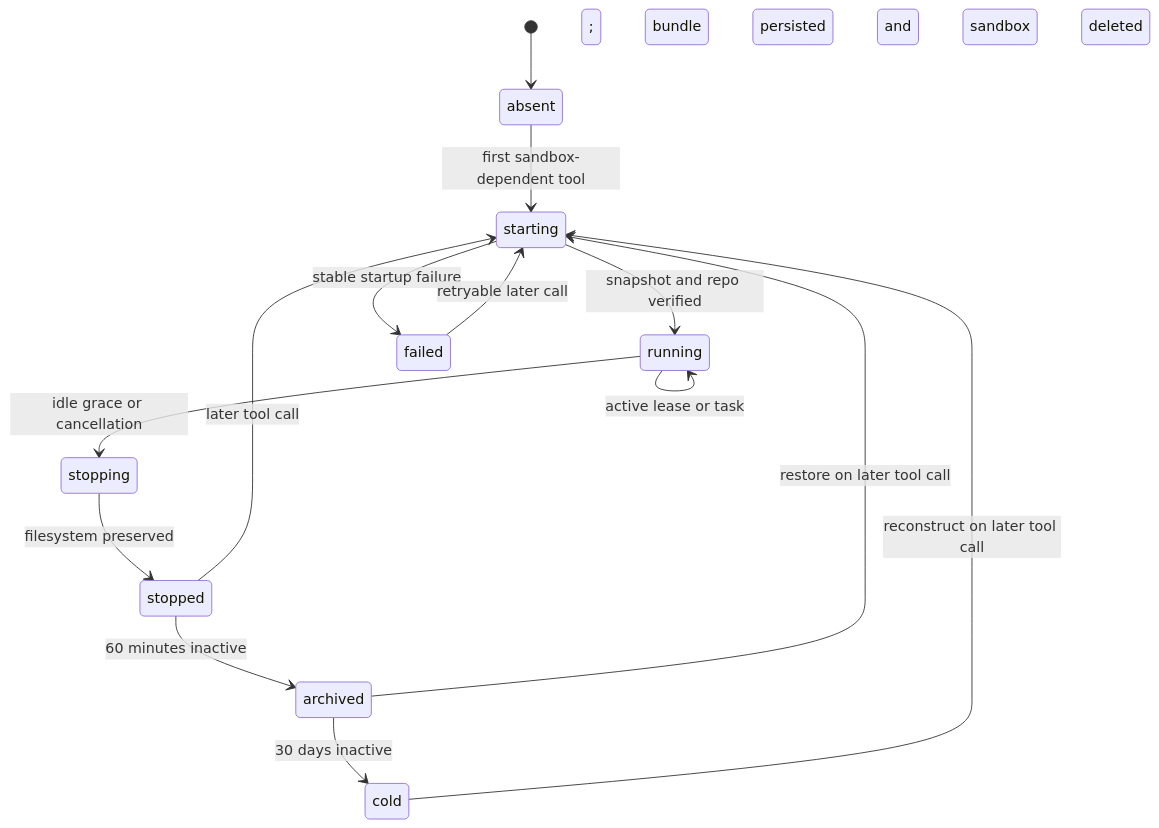
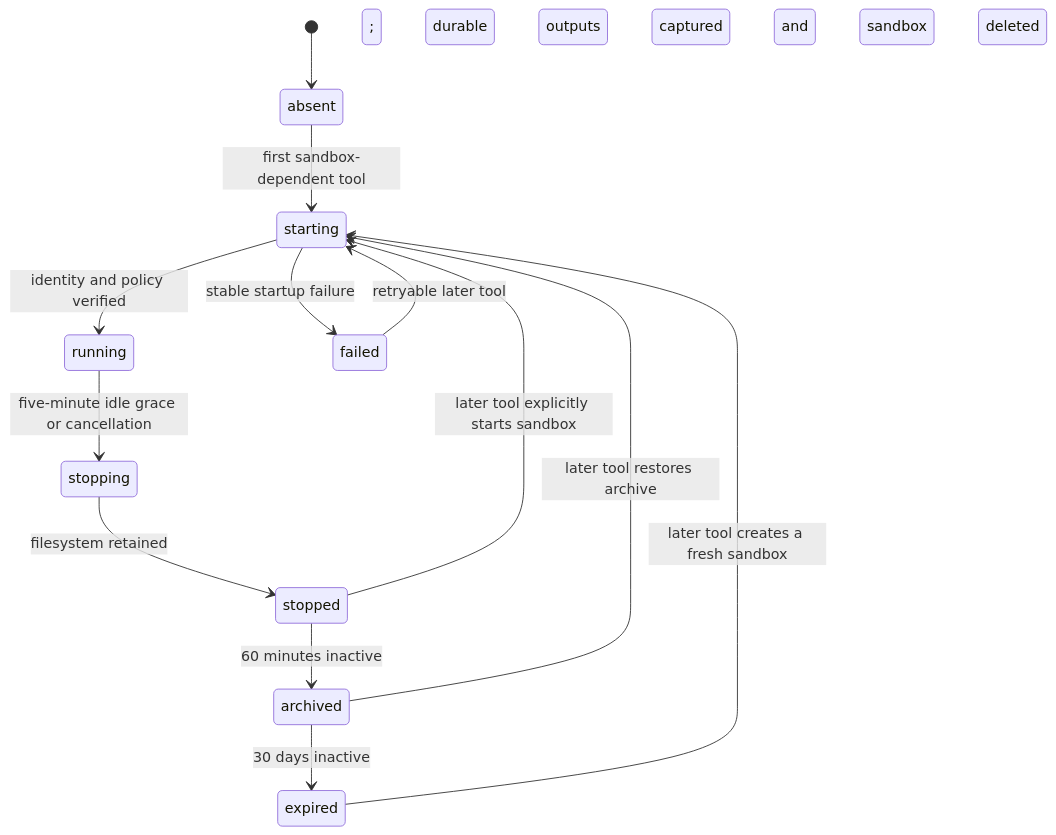
The second of 2 diagrams in docs/PRDs/2026-08-12_daytona-terminal-git-github/design.md (juno-ai-labs/avalon), drawn with Mermaid before and after one commit. The commit also changed other lines of this file and 9 other files, not shown here.

````diff
--- a/docs/PRDs/2026-08-12_daytona-terminal-git-github/design.md
+++ b/docs/PRDs/2026-08-12_daytona-terminal-git-github/design.md
@@ -82,16 +187,15 @@
 ```mermaid
 stateDiagram-v2
     [*] --> absent
     absent --> starting: first sandbox-dependent tool
-    starting --> running: snapshot and repo verified
+    starting --> running: identity and policy verified
     starting --> failed: stable startup failure
-    running --> running: active lease or task
-    running --> stopping: idle grace or cancellation
-    stopping --> stopped: filesystem preserved
-    stopped --> starting: later tool call
+    running --> stopping: five-minute idle grace or cancellation
+    stopping --> stopped: filesystem retained
+    stopped --> starting: later tool explicitly starts sandbox
     stopped --> archived: 60 minutes inactive
-    archived --> starting: restore on later tool call
-    archived --> cold: 30 days inactive; bundle persisted and sandbox deleted
-    cold --> starting: reconstruct on later tool call
-    failed --> starting: retryable later call
+    archived --> starting: later tool restores archive
+    archived --> expired: 30 days inactive; durable outputs captured and sandbox deleted
+    expired --> starting: later tool creates a fresh sandbox
+    failed --> starting: retryable later tool
 ```
````
